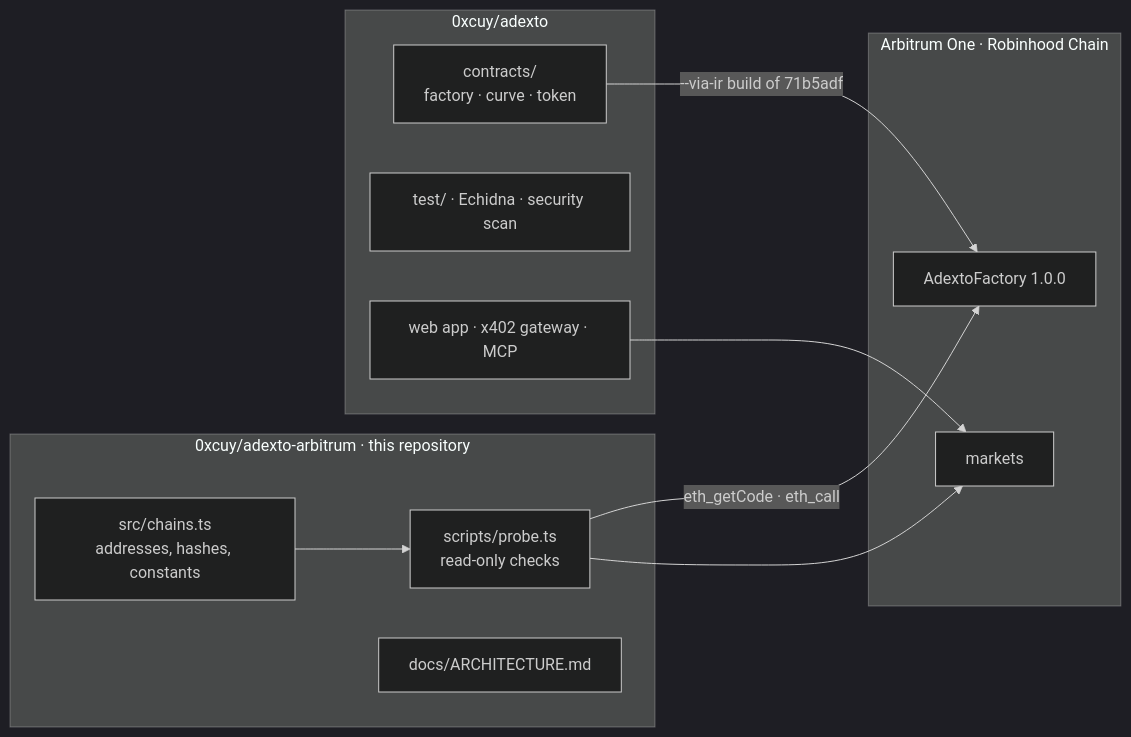
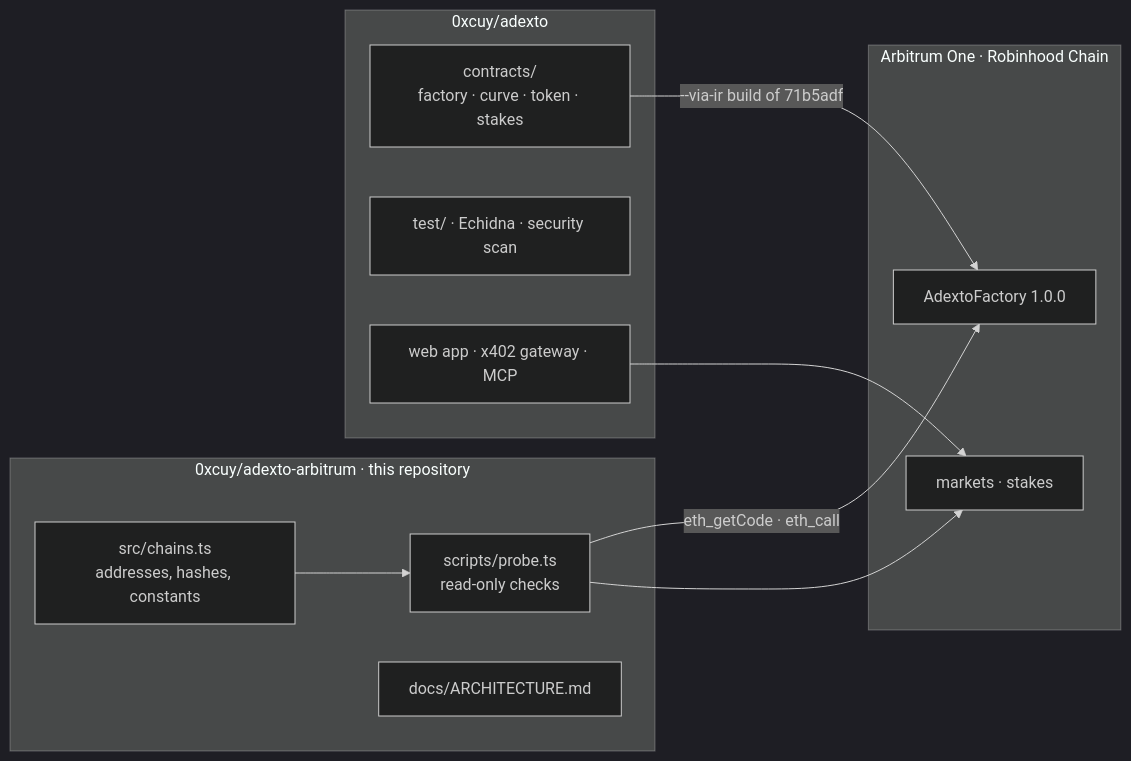
One commit to 0xcuy/adexto-arbitrum changed the second of 2 diagrams in README.md. Above: the diagram before and after it, drawn with Mermaid (dark theme). The commit also changed other lines of this file and 5 other files, not shown here.

````diff
--- a/README.md
+++ b/README.md
@@ -303,22 +344,22 @@
 ```mermaid
 flowchart LR
     subgraph here["0xcuy/adexto-arbitrum · this repository"]
         CH["src/chains.ts<br/>addresses, hashes, constants"]
         PR["scripts/probe.ts<br/>read-only checks"]
         AR["docs/ARCHITECTURE.md"]
     end
     subgraph main["0xcuy/adexto"]
-        SOL["contracts/<br/>factory · curve · token"]
+        SOL["contracts/<br/>factory · curve · token · stakes"]
         TST["test/ · Echidna · security scan"]
         APP["web app · x402 gateway · MCP"]
     end
     subgraph arb["Arbitrum One · Robinhood Chain"]
         F1["AdextoFactory 1.0.0"]
-        MK["markets"]
+        MK["markets · stakes"]
     end
     SOL -->|"--via-ir build of 71b5adf"| F1
     CH --> PR
     PR -->|"eth_getCode · eth_call"| F1
     PR --> MK
     APP --> MK
 ```
````
